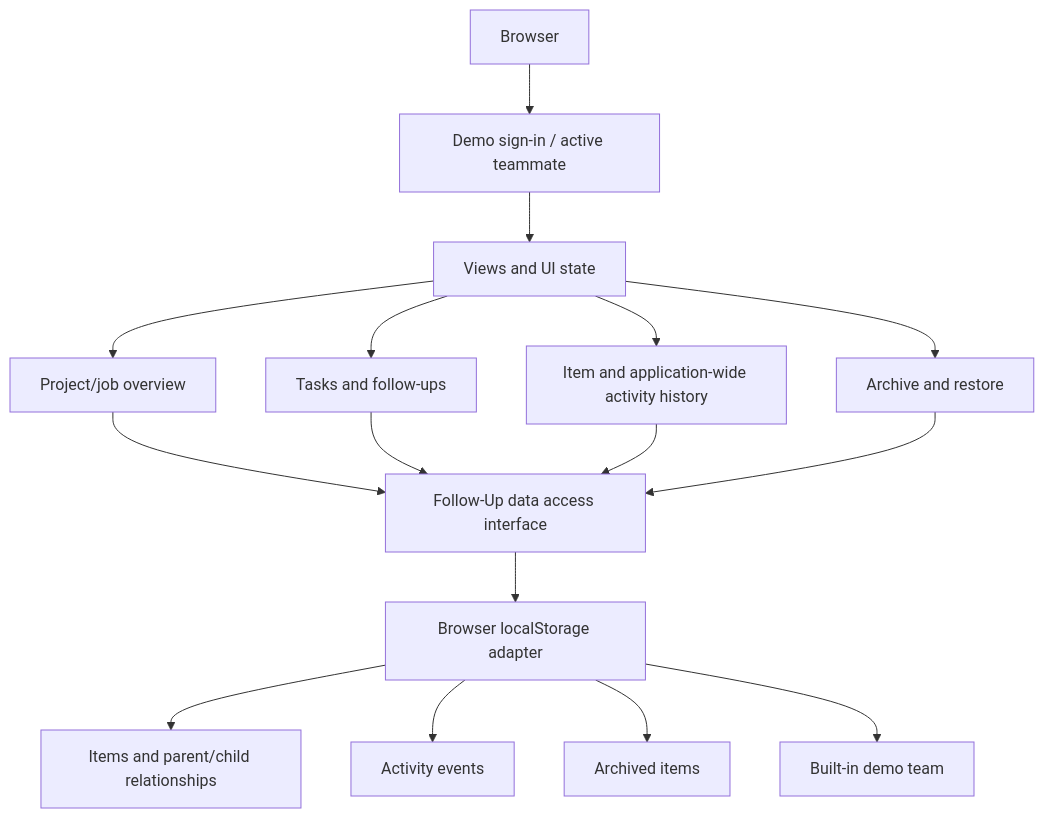
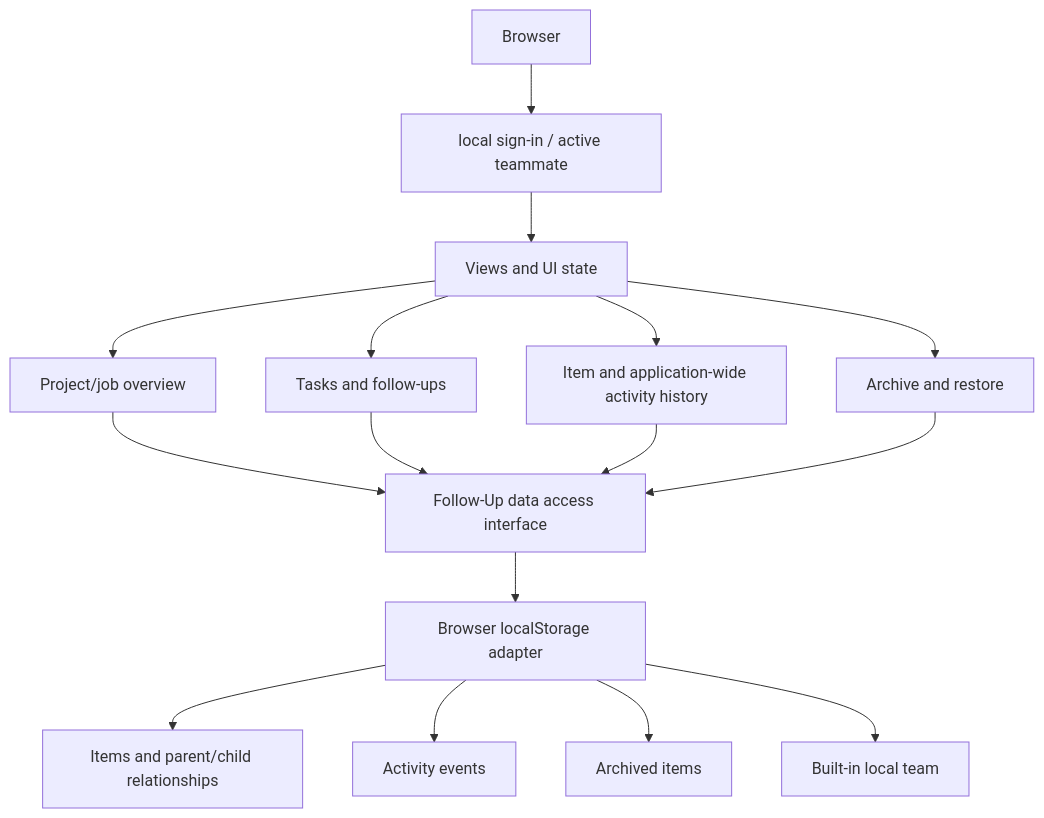
The diagram in PROJECT_GUIDE.md (retzed/Team_Follow-Up), drawn with Mermaid before and after one commit. The commit also changed other lines of this file, not shown here.

````diff
--- a/PROJECT_GUIDE.md
+++ b/PROJECT_GUIDE.md
@@ -67,18 +67,18 @@
 ```mermaid
 flowchart TD
-    Browser[Browser] --> Login[Demo sign-in / active teammate]
+    Browser[Browser] --> Login[local sign-in / active teammate]
     Login --> UI[Views and UI state]
     UI --> Overview[Project/job overview]
     UI --> ChildItems[Tasks and follow-ups]
     UI --> Activity[Item and application-wide activity history]
     UI --> Archive[Archive and restore]
     Overview --> DataAPI[Follow-Up data access interface]
     ChildItems --> DataAPI
     Activity --> DataAPI
     Archive --> DataAPI
     DataAPI --> LocalStore[Browser localStorage adapter]
     LocalStore --> ItemStore[Items and parent/child relationships]
     LocalStore --> ActivityStore[Activity events]
     LocalStore --> ArchiveStore[Archived items]
-    LocalStore --> UserStore[Built-in demo team]
+    LocalStore --> UserStore[Built-in local team]
 ```
````
